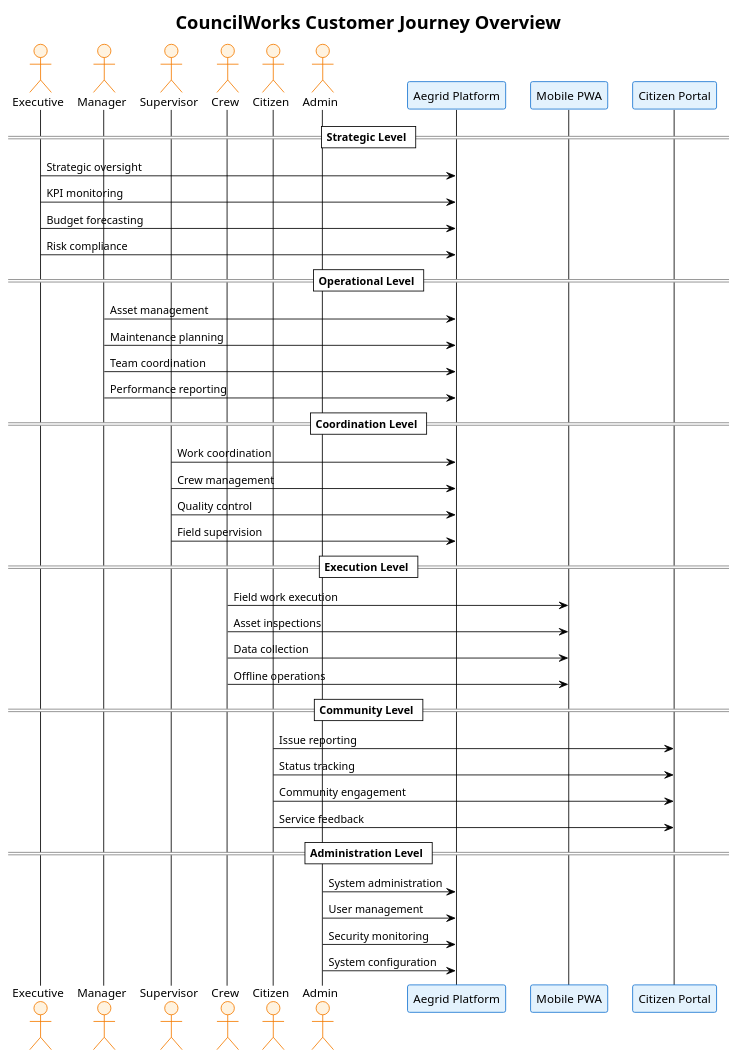
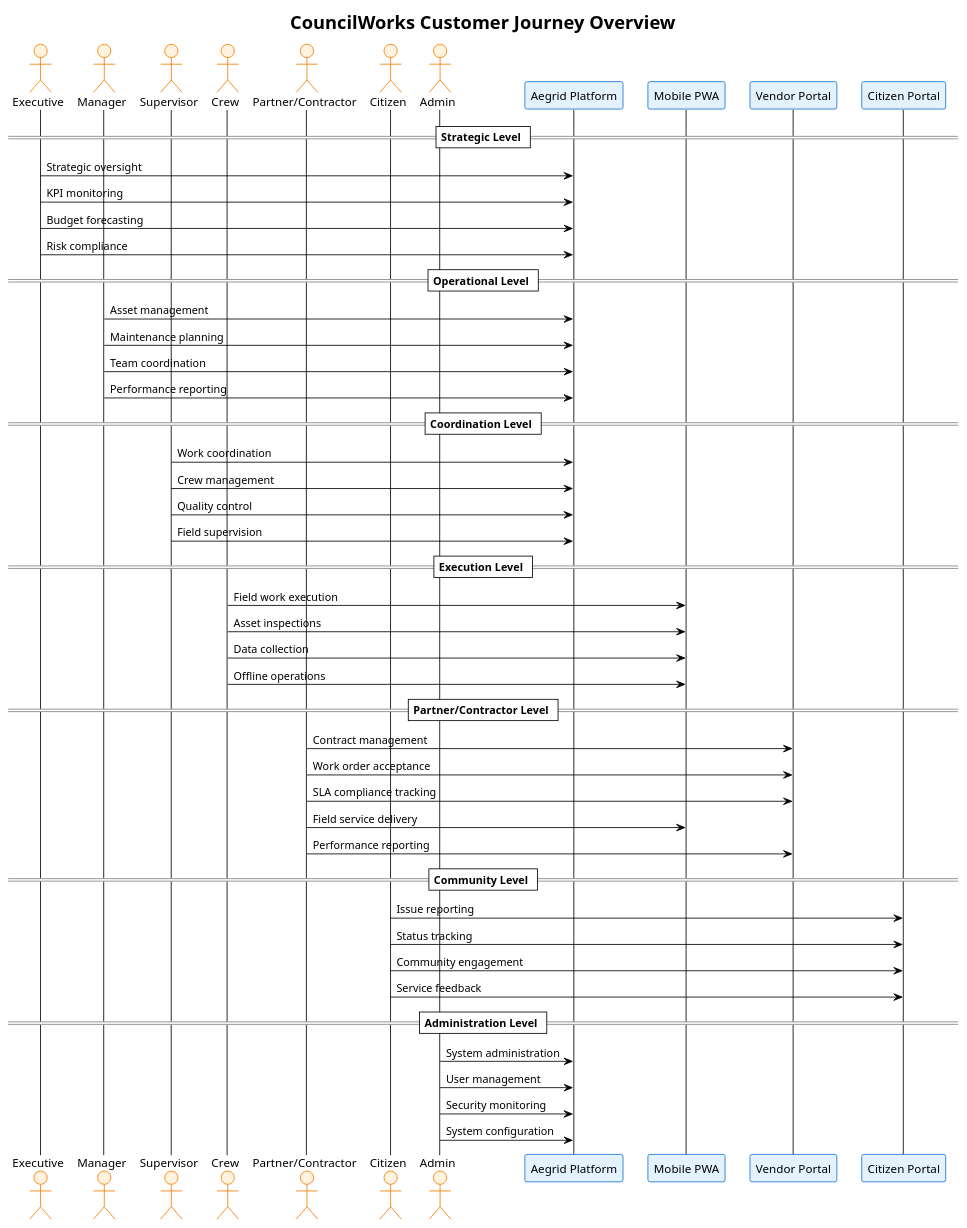
Before and after one commit to Duds/CouncilWorks: the diagram in docs/architecture/customer-journeys/journey-overview.puml, drawn with PlantUML. The commit also changed 37 other files, not shown here.

First line of the commit message:
feat: enhance customer journeys and fix PlantUML syntax

```diff
--- a/docs/architecture/customer-journeys/journey-overview.puml
+++ b/docs/architecture/customer-journeys/journey-overview.puml
@@ -1,64 +1,73 @@
 @startuml Customer Journey Overview
 !theme plain
 skinparam backgroundColor #FFFFFF
 skinparam participant {
   BackgroundColor #E3F2FD
   BorderColor #1976D2
   FontColor #000000
 }
 skinparam actor {
   BackgroundColor #FFF3E0
   BorderColor #F57C00
   FontColor #000000
 }
 
 title CouncilWorks Customer Journey Overview
 
 actor "Executive" as EXEC
 actor "Manager" as MGR
 actor "Supervisor" as SUP
 actor "Crew" as CREW
+actor "Partner/Contractor" as PARTNER
 actor "Citizen" as CIT
 actor "Admin" as ADM
 
 participant "Aegrid Platform" as PLATFORM
 participant "Mobile PWA" as MOBILE
+participant "Vendor Portal" as VENDOR_PORTAL
 participant "Citizen Portal" as PORTAL
 
 == Strategic Level ==
 EXEC -> PLATFORM: Strategic oversight
 EXEC -> PLATFORM: KPI monitoring
 EXEC -> PLATFORM: Budget forecasting
 EXEC -> PLATFORM: Risk compliance
 
 == Operational Level ==
 MGR -> PLATFORM: Asset management
 MGR -> PLATFORM: Maintenance planning
 MGR -> PLATFORM: Team coordination
 MGR -> PLATFORM: Performance reporting
 
 == Coordination Level ==
 SUP -> PLATFORM: Work coordination
 SUP -> PLATFORM: Crew management
 SUP -> PLATFORM: Quality control
 SUP -> PLATFORM: Field supervision
 
 == Execution Level ==
 CREW -> MOBILE: Field work execution
 CREW -> MOBILE: Asset inspections
 CREW -> MOBILE: Data collection
 CREW -> MOBILE: Offline operations
 
+== Partner/Contractor Level ==
+PARTNER -> VENDOR_PORTAL: Contract management
+PARTNER -> VENDOR_PORTAL: Work order acceptance
+PARTNER -> VENDOR_PORTAL: SLA compliance tracking
+PARTNER -> MOBILE: Field service delivery
+PARTNER -> VENDOR_PORTAL: Performance reporting
+
 == Community Level ==
 CIT -> PORTAL: Issue reporting
 CIT -> PORTAL: Status tracking
 CIT -> PORTAL: Community engagement
 CIT -> PORTAL: Service feedback
 
 == Administration Level ==
 ADM -> PLATFORM: System administration
 ADM -> PLATFORM: User management
 ADM -> PLATFORM: Security monitoring
 ADM -> PLATFORM: System configuration
 
 @enduml
```
